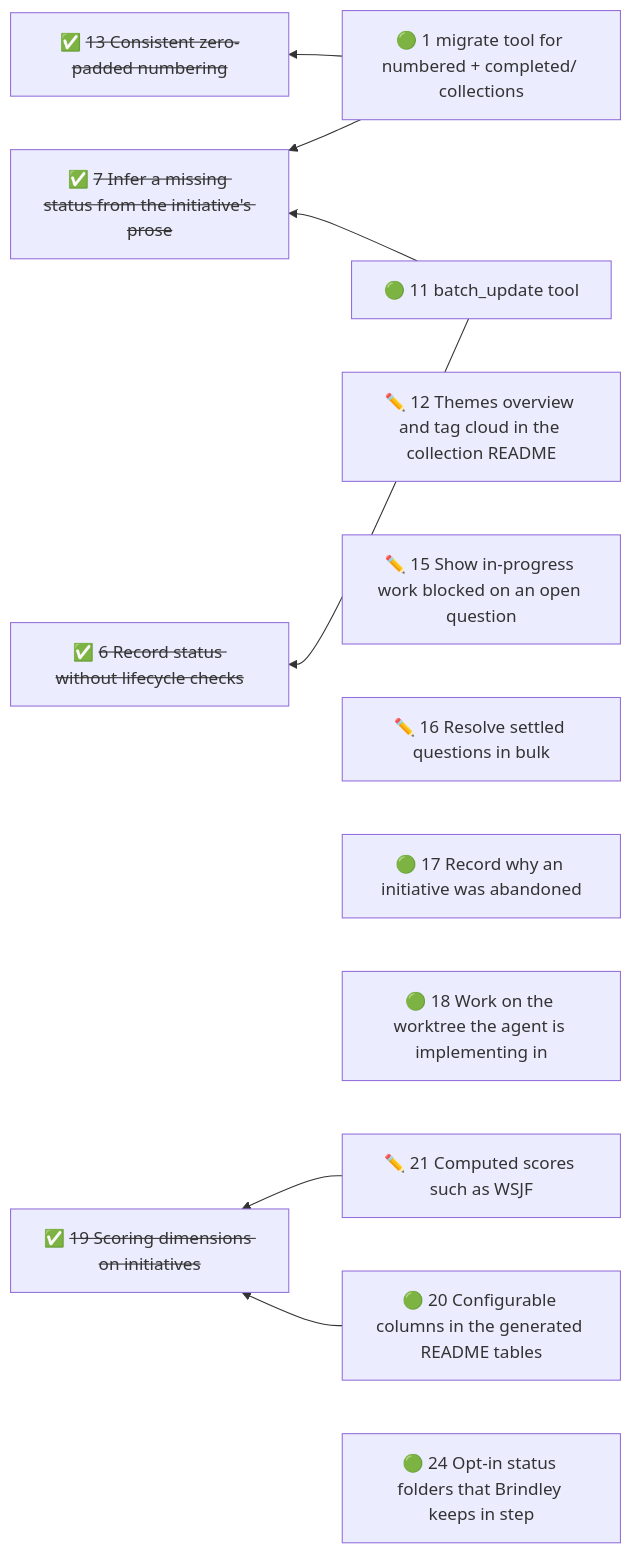
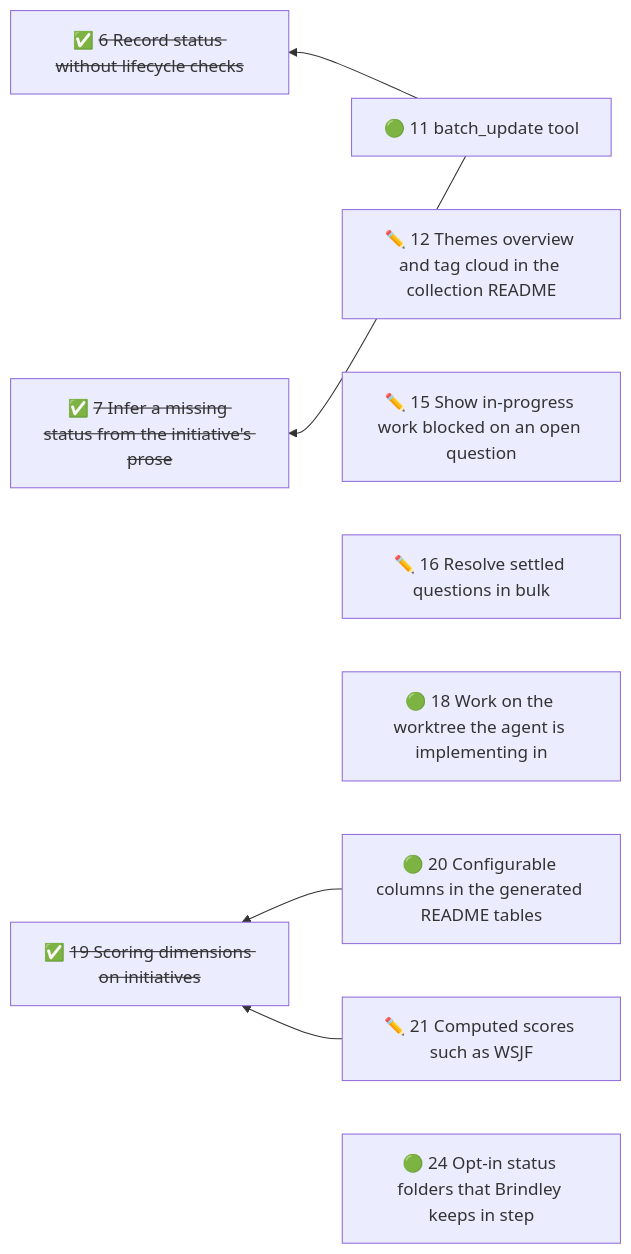
The diagram in initiatives/README.md (duckAsteroid/brindley), drawn with Mermaid before and after one commit. The commit also changed other lines of this file and 14 other files, not shown here.

First line of the commit message:
feat: say why work was abandoned, superseded or deferred

````diff
--- a/initiatives/README.md
+++ b/initiatives/README.md
@@ -37,23 +35,18 @@
 ```mermaid
 flowchart RL
-  n1["🟢 1 migrate tool for numbered + completed/ collections"]
   n11["🟢 11 batch_update tool"]
   n12["✏️ 12 Themes overview and tag cloud in the collection README"]
   n15["✏️ 15 Show in-progress work blocked on an open question"]
   n16["✏️ 16 Resolve settled questions in bulk"]
-  n17["🟢 17 Record why an initiative was abandoned"]
   n18["🟢 18 Work on the worktree the agent is implementing in"]
   n20["🟢 20 Configurable columns in the generated README tables"]
   n21["✏️ 21 Computed scores such as WSJF"]
   n24["🟢 24 Opt-in status folders that Brindley keeps in step"]
+  n6["✅ <s>6 Record status without lifecycle checks</s>"]
   n7["✅ <s>7 Infer a missing status from the initiative's prose</s>"]
-  n13["✅ <s>13 Consistent zero-padded numbering</s>"]
-  n6["✅ <s>6 Record status without lifecycle checks</s>"]
   n19["✅ <s>19 Scoring dimensions on initiatives</s>"]
-  n1 --> n7
-  n1 --> n13
   n11 --> n6
   n11 --> n7
   n20 --> n19
   n21 --> n19
 ```
````
